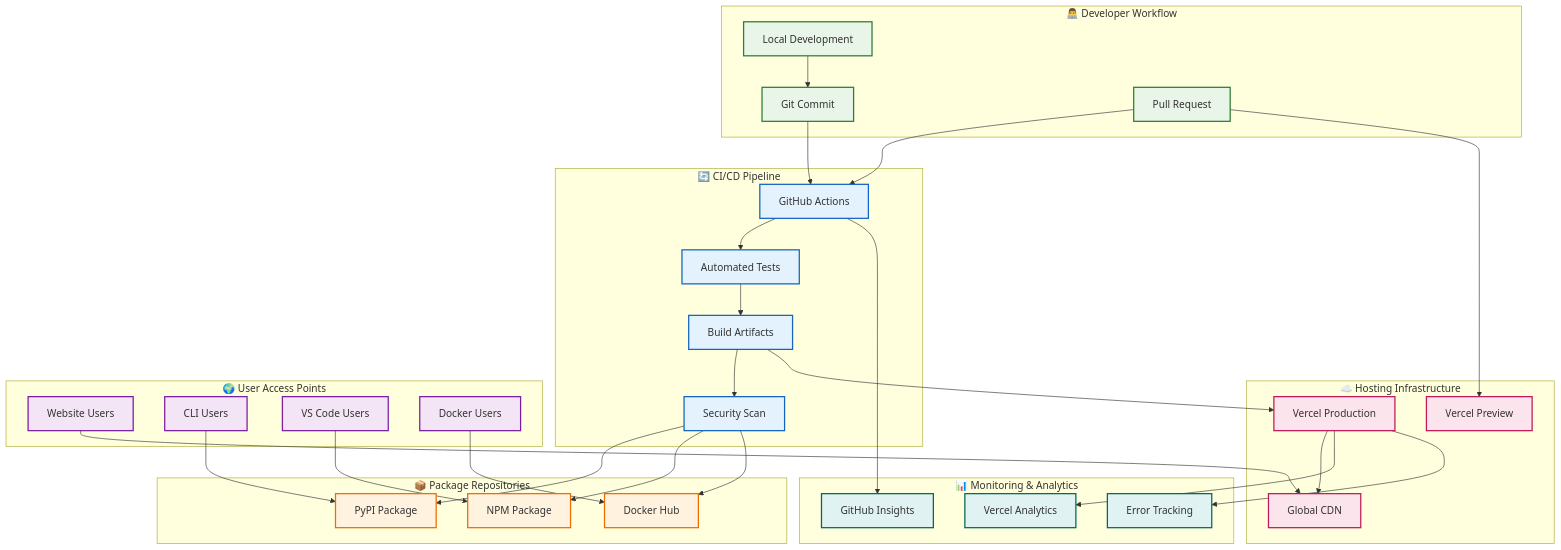
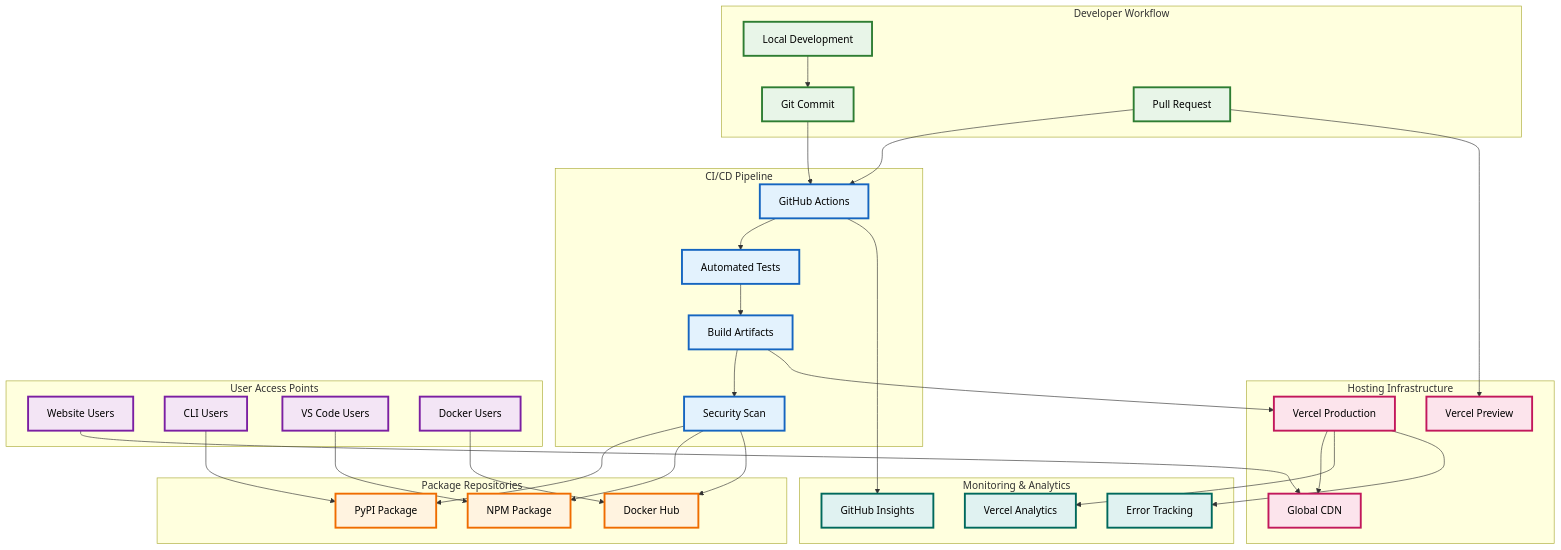
One commit to sanketmuchhala/Gujju.py changed the third of 4 diagrams in README.md. Above: the diagram before and after it, drawn with Mermaid. The commit also changed other lines of this file, not shown here.

First line of the commit message:
Fix Mermaid diagram visibility and remove emojis for better readability

````diff
--- a/README.md
+++ b/README.md
@@ -213,38 +213,38 @@
 ```mermaid
 graph TB
-    subgraph "👨‍💻 Developer Workflow"
+    subgraph "Developer Workflow"
         DevLocal[Local Development]
         DevCommit[Git Commit]
         DevPR[Pull Request]
     end
 
-    subgraph "🔄 CI/CD Pipeline"
+    subgraph "CI/CD Pipeline"
         GitHub_Actions[GitHub Actions]
         Tests[Automated Tests]
         Build[Build Artifacts]
         Security[Security Scan]
     end
 
-    subgraph "📦 Package Repositories"
+    subgraph "Package Repositories"
         PyPI_Deploy[PyPI Package]
         NPM_Deploy[NPM Package]
         Docker_Hub[Docker Hub]
     end
 
-    subgraph "☁️ Hosting Infrastructure"
+    subgraph "Hosting Infrastructure"
         Vercel_Main[Vercel Production]
         Vercel_Preview[Vercel Preview]
         CDN[Global CDN]
     end
 
-    subgraph "🌍 User Access Points"
+    subgraph "User Access Points"
         Website_Users[Website Users]
         CLI_Users[CLI Users]
         VS_Code_Users[VS Code Users]
         Docker_Users[Docker Users]
     end
 
-    subgraph "📊 Monitoring & Analytics"
+    subgraph "Monitoring & Analytics"
         Vercel_Analytics[Vercel Analytics]
         GitHub_Insights[GitHub Insights]
         Error_Tracking[Error Tracking]
@@ -280,12 +280,12 @@
     Vercel_Main --> Error_Tracking
 
     %% Styling
-    classDef developer fill:#e8f5e8,stroke:#2e7d32,stroke-width:2px
-    classDef cicd fill:#e3f2fd,stroke:#1565c0,stroke-width:2px
-    classDef packages fill:#fff3e0,stroke:#ef6c00,stroke-width:2px
-    classDef hosting fill:#fce4ec,stroke:#c2185b,stroke-width:2px
-    classDef users fill:#f3e5f5,stroke:#7b1fa2,stroke-width:2px
-    classDef monitoring fill:#e0f2f1,stroke:#00695c,stroke-width:2px
+    classDef developer fill:#e8f5e8,stroke:#2e7d32,stroke-width:3px,color:#000
+    classDef cicd fill:#e3f2fd,stroke:#1565c0,stroke-width:3px,color:#000
+    classDef packages fill:#fff3e0,stroke:#ef6c00,stroke-width:3px,color:#000
+    classDef hosting fill:#fce4ec,stroke:#c2185b,stroke-width:3px,color:#000
+    classDef users fill:#f3e5f5,stroke:#7b1fa2,stroke-width:3px,color:#000
+    classDef monitoring fill:#e0f2f1,stroke:#00695c,stroke-width:3px,color:#000
 
     class DevLocal,DevCommit,DevPR developer
     class GitHub_Actions,Tests,Build,Security cicd
````
